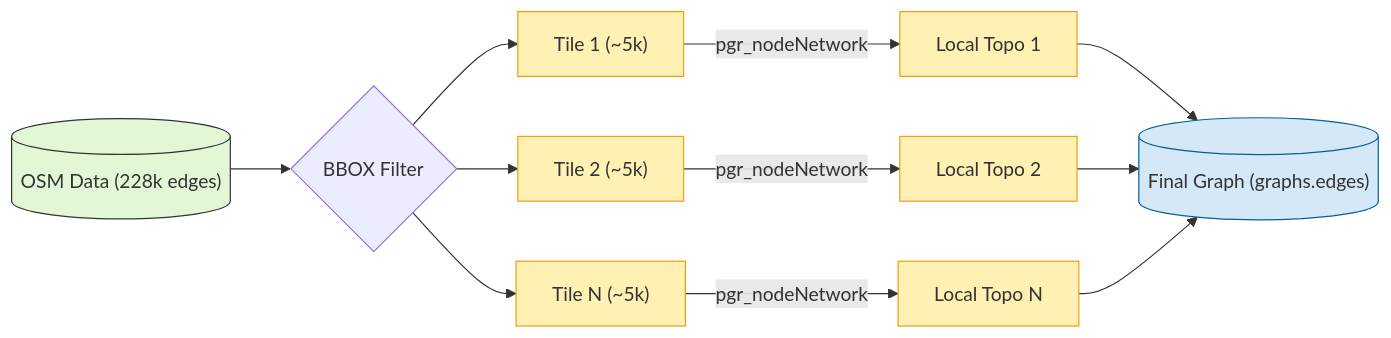
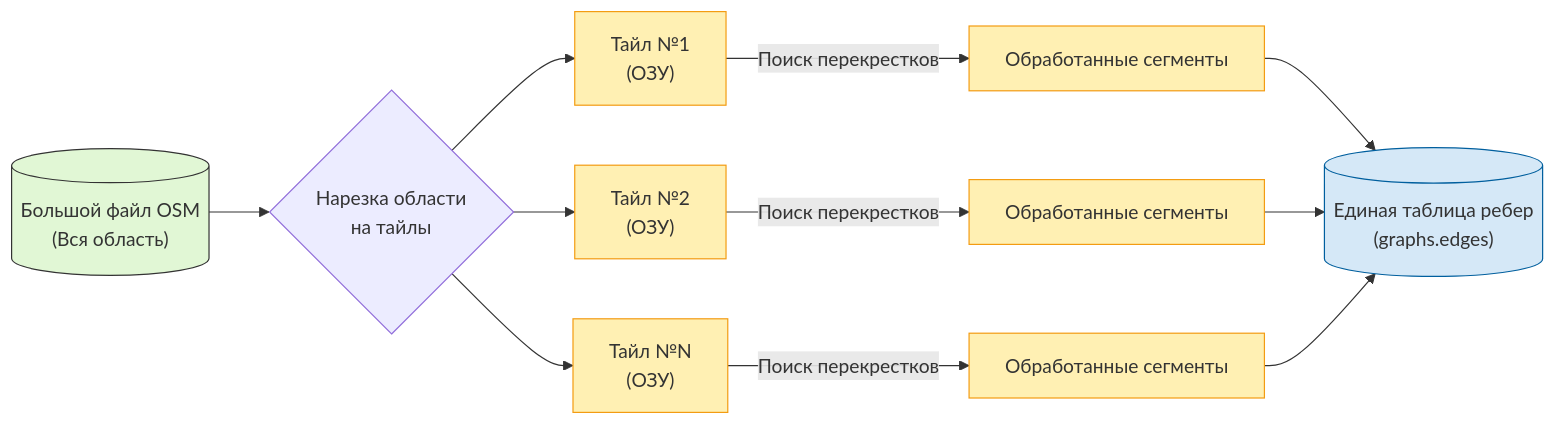
Before and after one commit to L1CH7/magistracy-diplom-iu12-docs: the diagram in assets/diagrams/03-grid-partition.mmd, drawn with Mermaid. The commit also changed 13 other files, not shown here.

Commit message:
feat(mmd) - актуализировал мермейд диаграммы. теперь красота

```diff
--- a/assets/diagrams/03-grid-partition.mmd
+++ b/assets/diagrams/03-grid-partition.mmd
@@ -1,19 +1,23 @@
 flowchart LR
-    %% --- Styles ---
+    %% --- Стили ---
     classDef raw fill:#e1f7d5,stroke:#333;
-    classDef tile fill:#fff0b3,stroke:#f39c12;
-    classDef final fill:#d5e8f7,stroke:#005f9e;
+    classDef proc fill:#fff0b3,stroke:#f39c12;
+    classDef db fill:#d5e8f7,stroke:#005f9e;
 
-    Raw[("OSM Data (228k edges)")]:::raw --> Filter{BBOX Filter}
+    %% 1. Вход
+    BigData[("Большой файл OSM<br/>(Вся область)")]:::raw --> Splitter{Нарезка области<br/>на тайлы}
     
-    Filter --> T1["Tile 1 (~5k)"]:::tile
-    Filter --> T2["Tile 2 (~5k)"]:::tile
-    Filter --> TN["Tile N (~5k)"]:::tile
+    %% 2. Параллельная нарезка
+    Splitter --> Chunk1["Тайл №1<br/>(ОЗУ)"]:::proc
+    Splitter --> Chunk2["Тайл №2<br/>(ОЗУ)"]:::proc
+    Splitter --> ChunkN["Тайл №N<br/>(ОЗУ)"]:::proc
     
-    T1 -->|pgr_nodeNetwork| Topo1["Local Topo 1"]:::tile
-    T2 -->|pgr_nodeNetwork| Topo2["Local Topo 2"]:::tile
-    TN -->|pgr_nodeNetwork| TopoN["Local Topo N"]:::tile
+    %% 3. Логика (Grid Noding)
+    Chunk1 -->|Поиск перекрестков| Node1["Обработанные сегменты"]:::proc
+    Chunk2 -->|Поиск перекрестков| Node2["Обработанные сегменты"]:::proc
+    ChunkN -->|Поиск перекрестков| NodeN["Обработанные сегменты"]:::proc
     
-    Topo1 --> Final[("Final Graph (graphs.edges)")]:::final
-    Topo2 --> Final
-    TopoN --> Final
+    %% 4. Сборка
+    Node1 --> Merge[("Единая таблица ребер<br/>(graphs.edges)")]:::db
+    Node2 --> Merge
+    NodeN --> Merge
```
